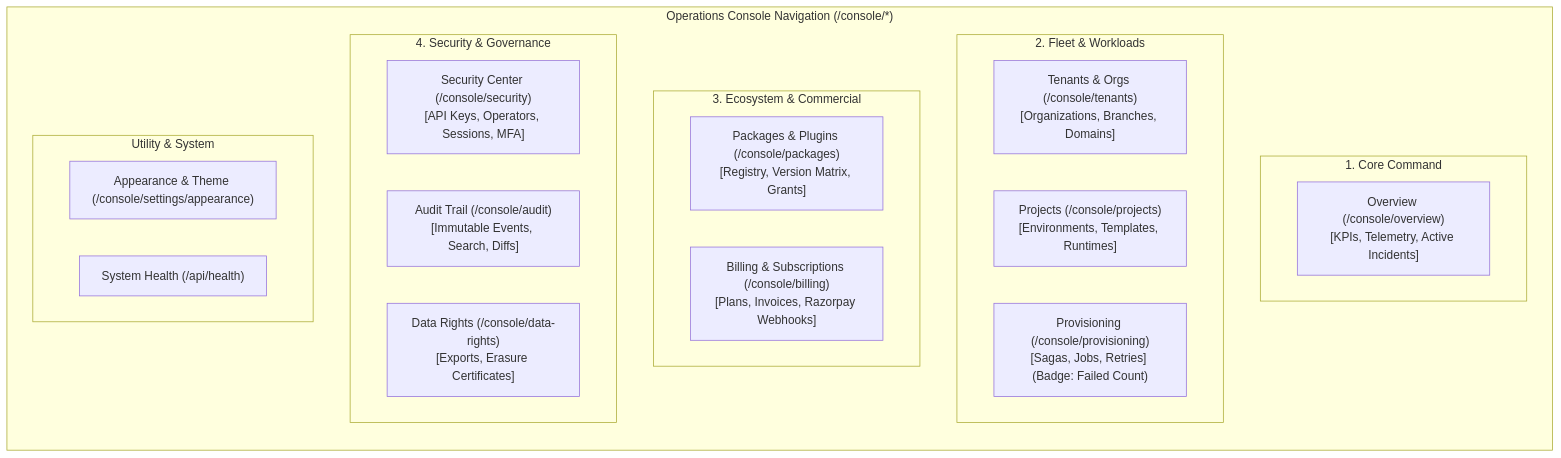
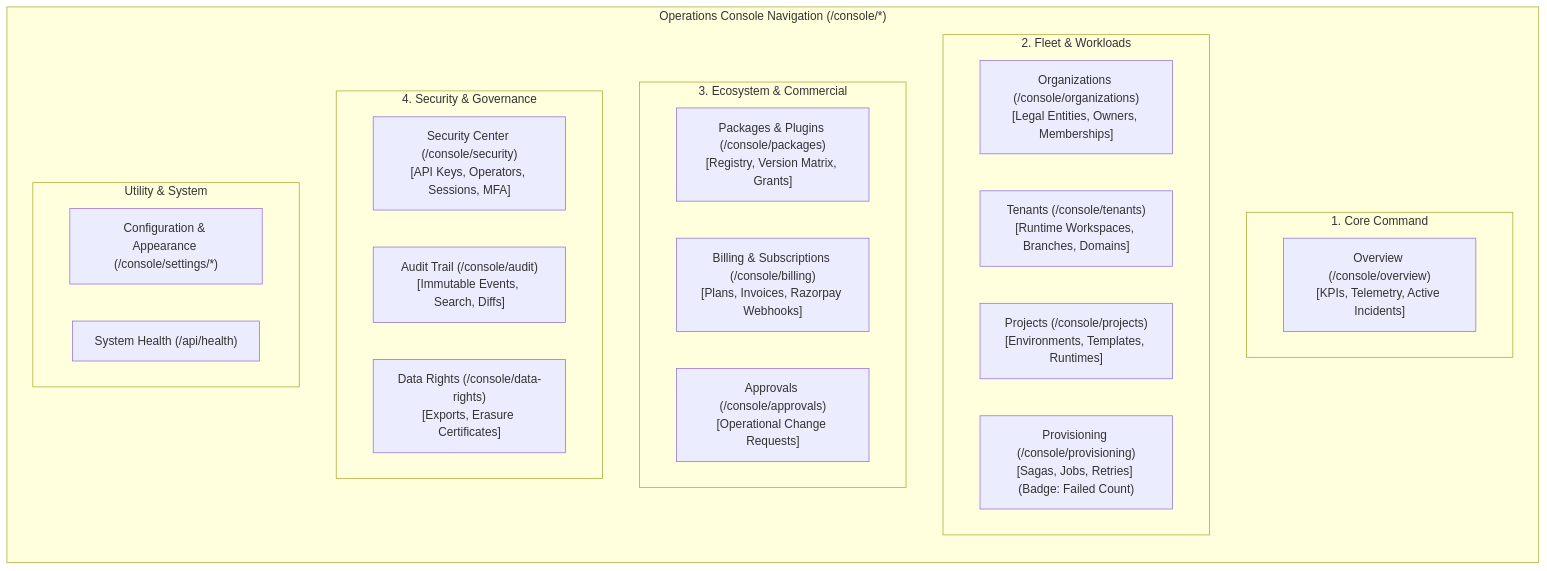
One commit to Nikhil-ig/OrbitoX-Platform changed the diagram in docs/ui-reset/phase-7c/03_NAVIGATION_AND_INFORMATION_ARCHITECTURE.md. Above: the diagram before and after it, drawn with Mermaid. The commit also changed other lines of this file and 9 other files, not shown here.

````diff
--- a/docs/ui-reset/phase-7c/03_NAVIGATION_AND_INFORMATION_ARCHITECTURE.md
+++ b/docs/ui-reset/phase-7c/03_NAVIGATION_AND_INFORMATION_ARCHITECTURE.md
@@ -15,32 +15,34 @@
 ```mermaid
 graph LR
     subgraph NavigationHierarchy ["Operations Console Navigation (/console/*)"]
         direction TB
         
         subgraph GroupCore ["1. Core Command"]
             NAV_OVERVIEW["Overview (/console/overview)\n[KPIs, Telemetry, Active Incidents]"]
         end
 
         subgraph GroupFleet ["2. Fleet & Workloads"]
-            NAV_TENANTS["Tenants & Orgs (/console/tenants)\n[Organizations, Branches, Domains]"]
+            NAV_ORGS["Organizations (/console/organizations)\n[Legal Entities, Owners, Memberships]"]
+            NAV_TENANTS["Tenants (/console/tenants)\n[Runtime Workspaces, Branches, Domains]"]
             NAV_PROJECTS["Projects (/console/projects)\n[Environments, Templates, Runtimes]"]
             NAV_PROVISION["Provisioning (/console/provisioning)\n[Sagas, Jobs, Retries] (Badge: Failed Count)"]
         end
 
         subgraph GroupEcosystem ["3. Ecosystem & Commercial"]
             NAV_PACKAGES["Packages & Plugins (/console/packages)\n[Registry, Version Matrix, Grants]"]
             NAV_BILLING["Billing & Subscriptions (/console/billing)\n[Plans, Invoices, Razorpay Webhooks]"]
+            NAV_APPROVALS["Approvals (/console/approvals)\n[Operational Change Requests]"]
         end
 
         subgraph GroupGovernance ["4. Security & Governance"]
             NAV_SECURITY["Security Center (/console/security)\n[API Keys, Operators, Sessions, MFA]"]
             NAV_AUDIT["Audit Trail (/console/audit)\n[Immutable Events, Search, Diffs]"]
             NAV_DATA["Data Rights (/console/data-rights)\n[Exports, Erasure Certificates]"]
         end
 
         subgraph BottomNav ["Utility & System"]
-            NAV_SETTINGS["Appearance & Theme (/console/settings/appearance)"]
+            NAV_SETTINGS["Configuration & Appearance (/console/settings/*)"]
             NAV_STATUS["System Health (/api/health)"]
         end
     end
 ```
````
